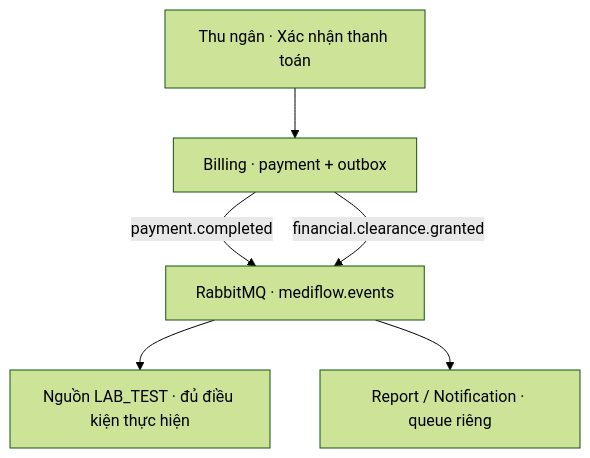
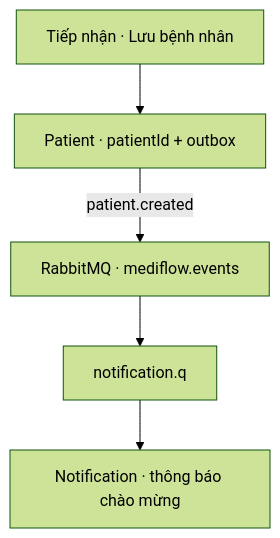
Before and after one commit to Dangvinh77/MediFlow: the diagram in scripts/demo_25_10/artifacts/service-demo/diagrams/10.mmd, drawn with Mermaid (forest theme). The commit also changed 27 other files, not shown here.

First line of the commit message:
docs(demo): add FR, use case, architecture and Gateway slides with MediFlow theme

```diff
--- a/scripts/demo_25_10/artifacts/service-demo/diagrams/10.mmd
+++ b/scripts/demo_25_10/artifacts/service-demo/diagrams/10.mmd
@@ -1,6 +1,5 @@
 flowchart TB
-U["Thu ngân · Xác nhận thanh toán"] --> B["Billing · payment + outbox"]
-B -->|"payment.completed"| R["RabbitMQ · mediflow.events"]
-B -->|"financial.clearance.granted"| R
-R --> C["Nguồn LAB_TEST · đủ điều kiện thực hiện"]
-R --> S["Report / Notification · queue riêng"]
+U["Tiếp nhận · Lưu bệnh nhân"] --> P["Patient · patientId + outbox"]
+P -->|"patient.created"| R["RabbitMQ · mediflow.events"]
+R --> Q["notification.q"]
+Q --> N["Notification · thông báo chào mừng"]
```
